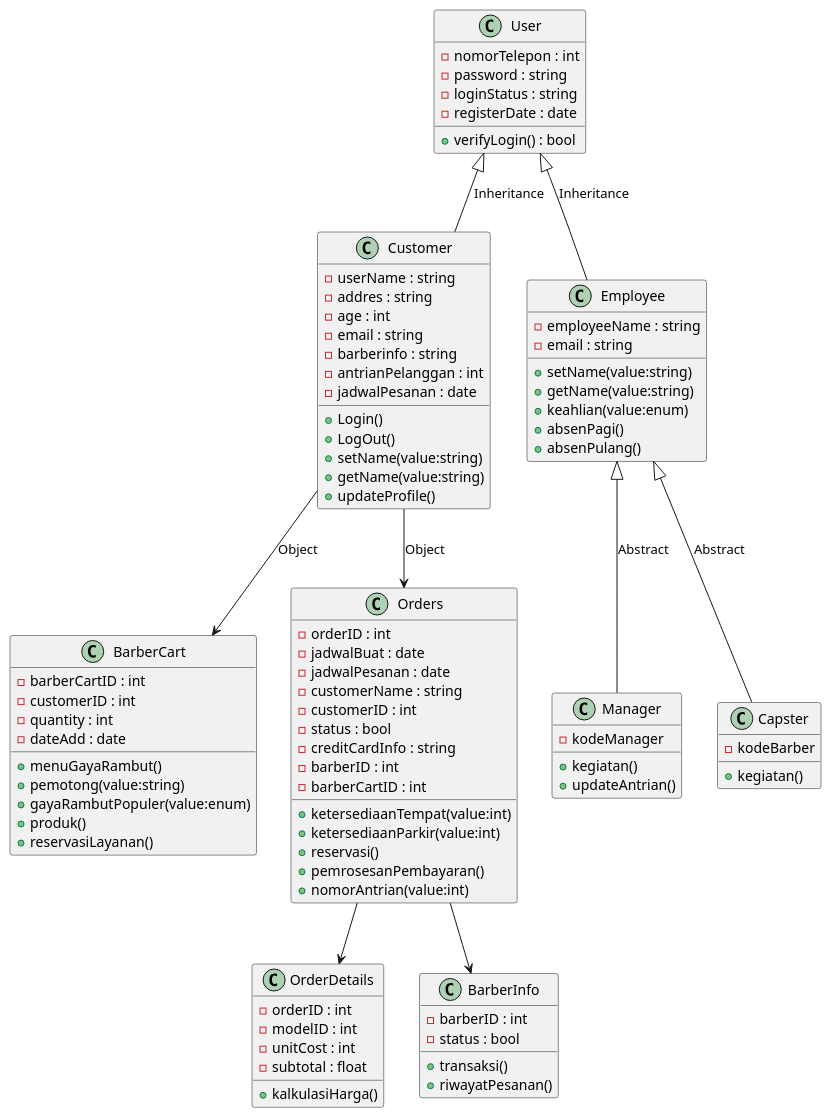
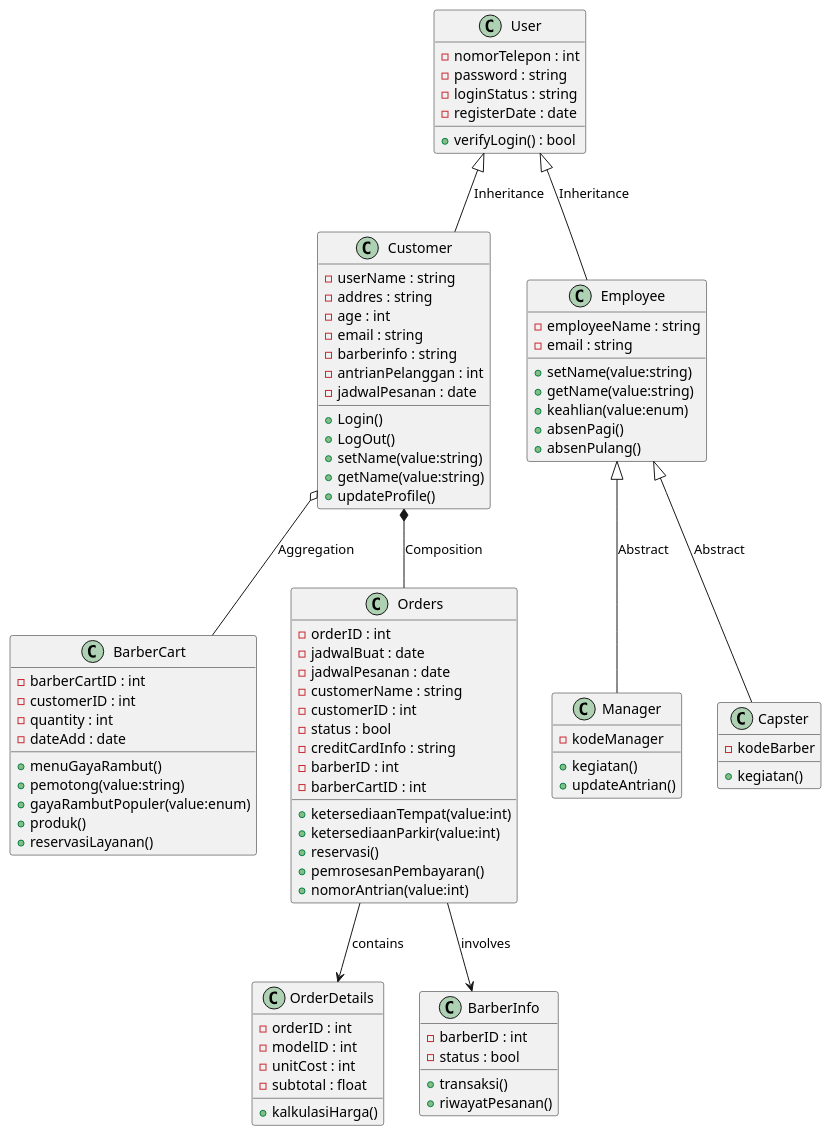
Before and after one commit to ZIDANIDROS/BelajarBackend: the diagram in UML/apbo.plantuml, drawn with PlantUML.

```diff
--- a/UML/apbo.plantuml
+++ b/UML/apbo.plantuml
@@ -1,99 +1,99 @@
 @startuml
 class BarberCart {
     - barberCartID : int
     - customerID : int
     - quantity : int
     - dateAdd : date
     + menuGayaRambut()
     + pemotong(value:string)
     + gayaRambutPopuler(value:enum)
     + produk()
     + reservasiLayanan()
 }
 
 class Orders {
     - orderID : int
     - jadwalBuat : date
     - jadwalPesanan : date
     - customerName : string
     - customerID : int
     - status : bool
     - creditCardInfo : string
     - barberID : int
     - barberCartID : int
     + ketersediaanTempat(value:int)
     + ketersediaanParkir(value:int)
     + reservasi()
     + pemrosesanPembayaran()
     + nomorAntrian(value:int)
 }
 
 class OrderDetails {
     - orderID : int
     - modelID : int
     - unitCost : int
     - subtotal : float
     + kalkulasiHarga()
 }
 
 class User {
     - nomorTelepon : int
     - password : string
     - loginStatus : string
     - registerDate : date
     + verifyLogin() : bool
 }
 
 class Customer {
     - userName : string
     - addres : string
     - age : int
     - email : string
     - barberinfo : string
     - antrianPelanggan : int
     - jadwalPesanan : date
     + Login()
     + LogOut()
     + setName(value:string)
     + getName(value:string)
     + updateProfile()
 }
 
 class Employee {
     - employeeName : string
     - email : string
     + setName(value:string)
     + getName(value:string)
     + keahlian(value:enum)
     + absenPagi()
     + absenPulang()
 }
 
 class Manager {
     - kodeManager
     + kegiatan()
     + updateAntrian()
 }
 
 class Capster {
     - kodeBarber
     + kegiatan()
 }
 
 class BarberInfo {
     - barberID : int
     - status : bool
     + transaksi()
     + riwayatPesanan()
 }
 
 User <|-- Customer : Inheritance
 User <|-- Employee : Inheritance
 Employee <|-- Manager : Abstract
 Employee <|-- Capster : Abstract
-Customer --> Orders : Object
-Customer --> BarberCart : Object
-Orders --> OrderDetails
-Orders --> BarberInfo
+Customer *-- Orders : Composition
+Customer o-- BarberCart : Aggregation
+Orders --> OrderDetails : "contains"
+Orders --> BarberInfo : "involves"
 
 @enduml
```
